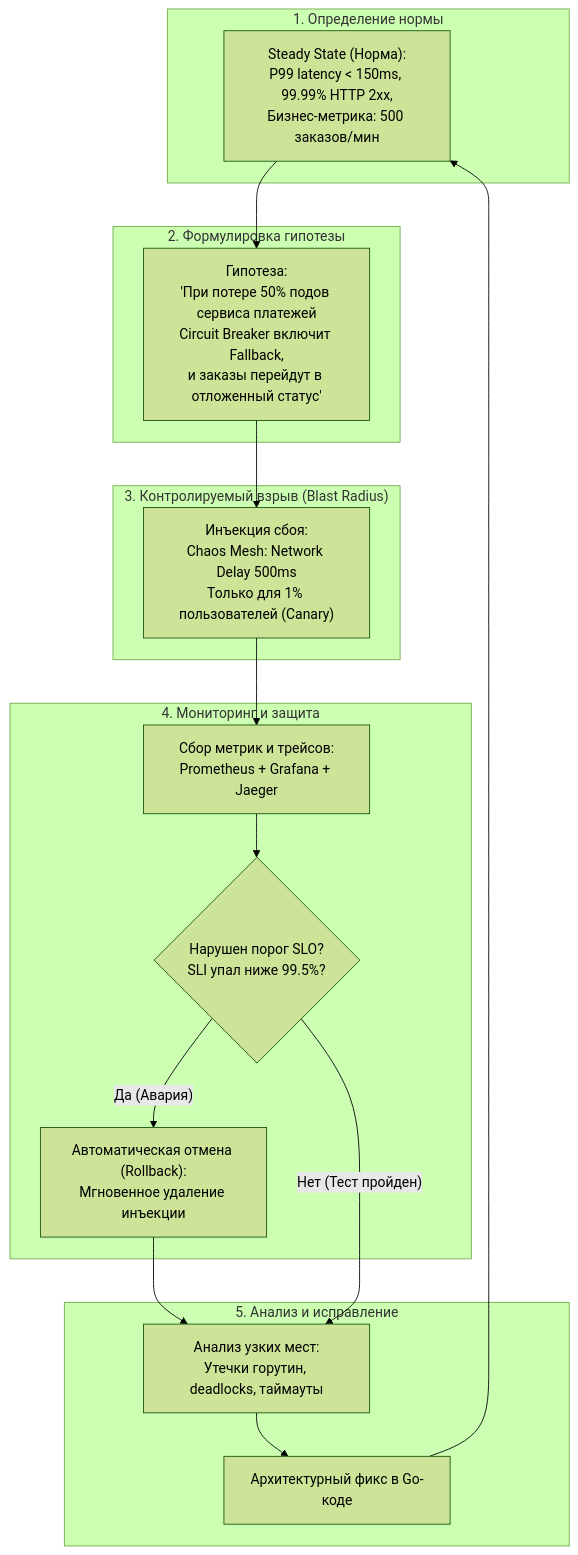
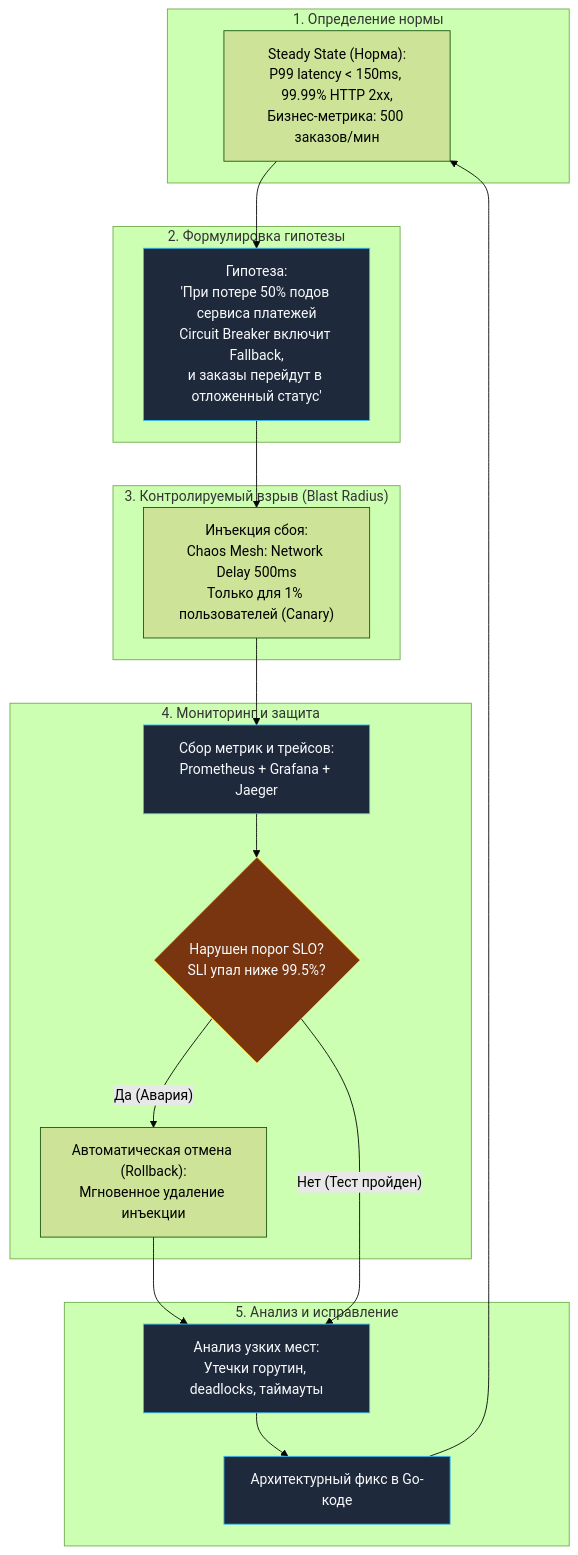
Before and after one commit to UnrealTemplier/go-textbook: the first of 2 diagrams in sources/11. Архитектура и System Design/49. Chaos Engineering.md, drawn with Mermaid (forest theme). The commit also changed other lines of this file and 1666 other files, not shown here.

First line of the commit message:
feat(mermaid): add semantic color classDef to 1369 colorless flowchart/graph diagrams

````diff
--- a/sources/11. Архитектура и System Design/49. Chaos Engineering.md
+++ b/sources/11. Архитектура и System Design/49. Chaos Engineering.md
@@ -28,30 +28,40 @@
 ```mermaid
 flowchart TD
+    classDef process  fill:#1e293b,stroke:#38bdf8,stroke-width:1px,color:#f8fafc
+    classDef success  fill:#064e3b,stroke:#34d399,stroke-width:1px,color:#f8fafc
+    classDef error    fill:#7f1d1d,stroke:#f87171,stroke-width:1px,color:#f8fafc
+    classDef warning  fill:#78350f,stroke:#fbbf24,stroke-width:1px,color:#f8fafc
+    classDef entry    fill:#1e3a5f,stroke:#38bdf8,stroke-width:2px,color:#f8fafc
+    classDef aux      fill:#334155,stroke:#64748b,stroke-width:1px,color:#f8fafc
+    classDef system   fill:#312e81,stroke:#a78bfa,stroke-width:1px,color:#f8fafc
+    classDef data     fill:#132d29,stroke:#2dd4bf,stroke-width:1px,color:#f8fafc
+    classDef network  fill:#881337,stroke:#fb7185,stroke-width:1px,color:#f8fafc
+    classDef accent   fill:#1e1b4b,stroke:#818cf8,stroke-width:1px,color:#f8fafc
     subgraph Step1["1. Определение нормы"]
         SS["Steady State (Норма):<br>P99 latency < 150ms, 99.99% HTTP 2xx,<br>Бизнес-метрика: 500 заказов/мин"]
     end
 
     subgraph Step2["2. Формулировка гипотезы"]
-        Hypo["Гипотеза:<br>'При потере 50% подов сервиса платежей<br>Circuit Breaker включит Fallback,<br>и заказы перейдут в отложенный статус'"]
+        Hypo["Гипотеза:<br>'При потере 50% подов сервиса платежей<br>Circuit Breaker включит Fallback,<br>и заказы перейдут в отложенный статус'"]:::process
     end
 
     subgraph Step3["3. Контролируемый взрыв (Blast Radius)"]
         Inject["Инъекция сбоя:<br>Chaos Mesh: Network Delay 500ms<br>Только для 1% пользователей (Canary)"]
     end
 
     subgraph Step4["4. Мониторинг и защита"]
-        Observe["Сбор метрик и трейсов:<br>Prometheus + Grafana + Jaeger"]
-        KillSwitch{"Нарушен порог SLO?<br>SLI упал ниже 99.5%?"}
+        Observe["Сбор метрик и трейсов:<br>Prometheus + Grafana + Jaeger"]:::process
+        KillSwitch{"Нарушен порог SLO?<br>SLI упал ниже 99.5%?"}:::warning
         Abort["Автоматическая отмена (Rollback):<br>Мгновенное удаление инъекции"]
     end
 
     subgraph Step5["5. Анализ и исправление"]
-        Analyze["Анализ узких мест:<br>Утечки горутин, deadlocks, таймауты"]
-        Fix["Архитектурный фикс в Go-коде"]
+        Analyze["Анализ узких мест:<br>Утечки горутин, deadlocks, таймауты"]:::process
+        Fix["Архитектурный фикс в Go-коде"]:::process
     end
 
     SS --> Hypo --> Inject --> Observe --> KillSwitch
     KillSwitch -- "Да (Авария)" --> Abort --> Analyze
     KillSwitch -- "Нет (Тест пройден)" --> Analyze
     Analyze --> Fix --> SS
 ```
````
